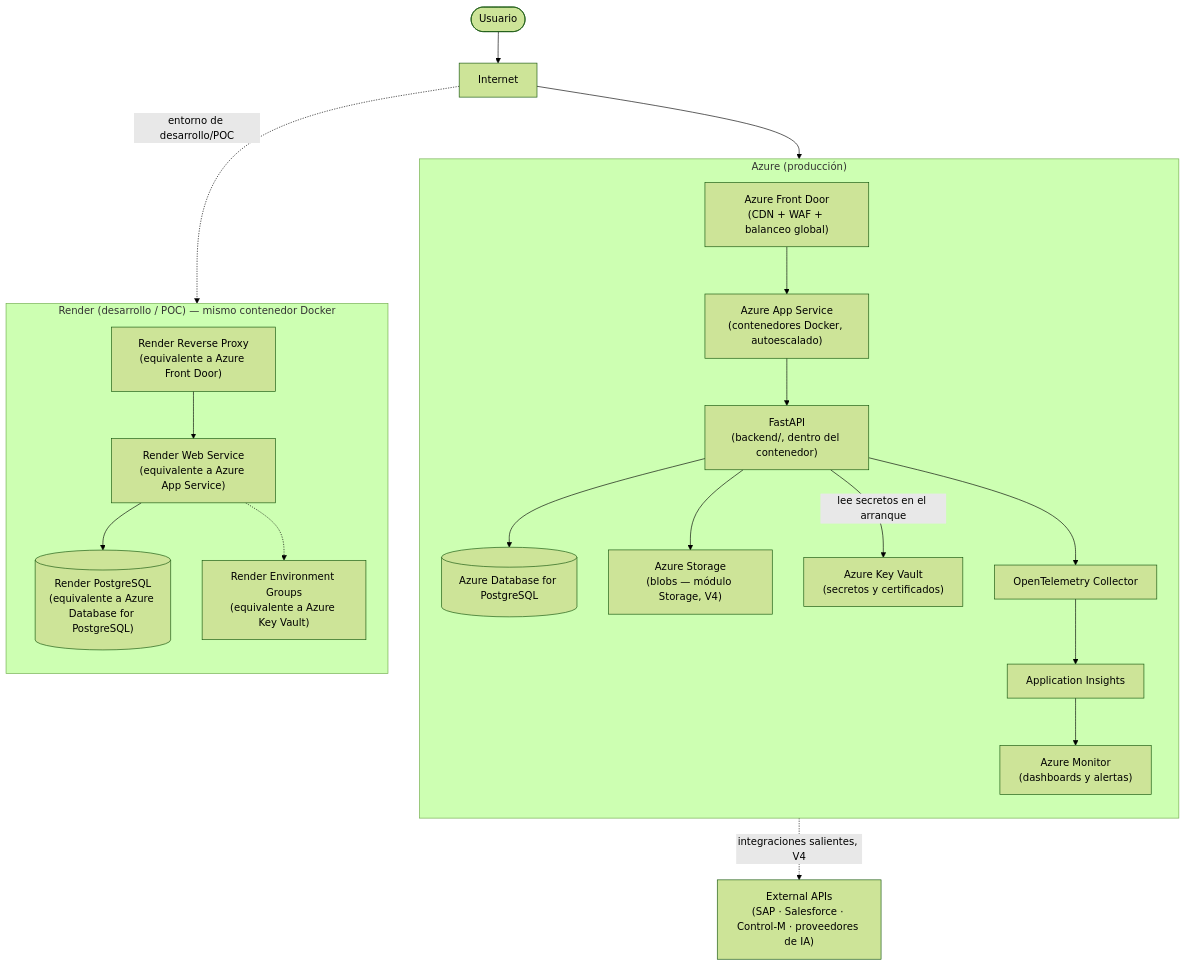
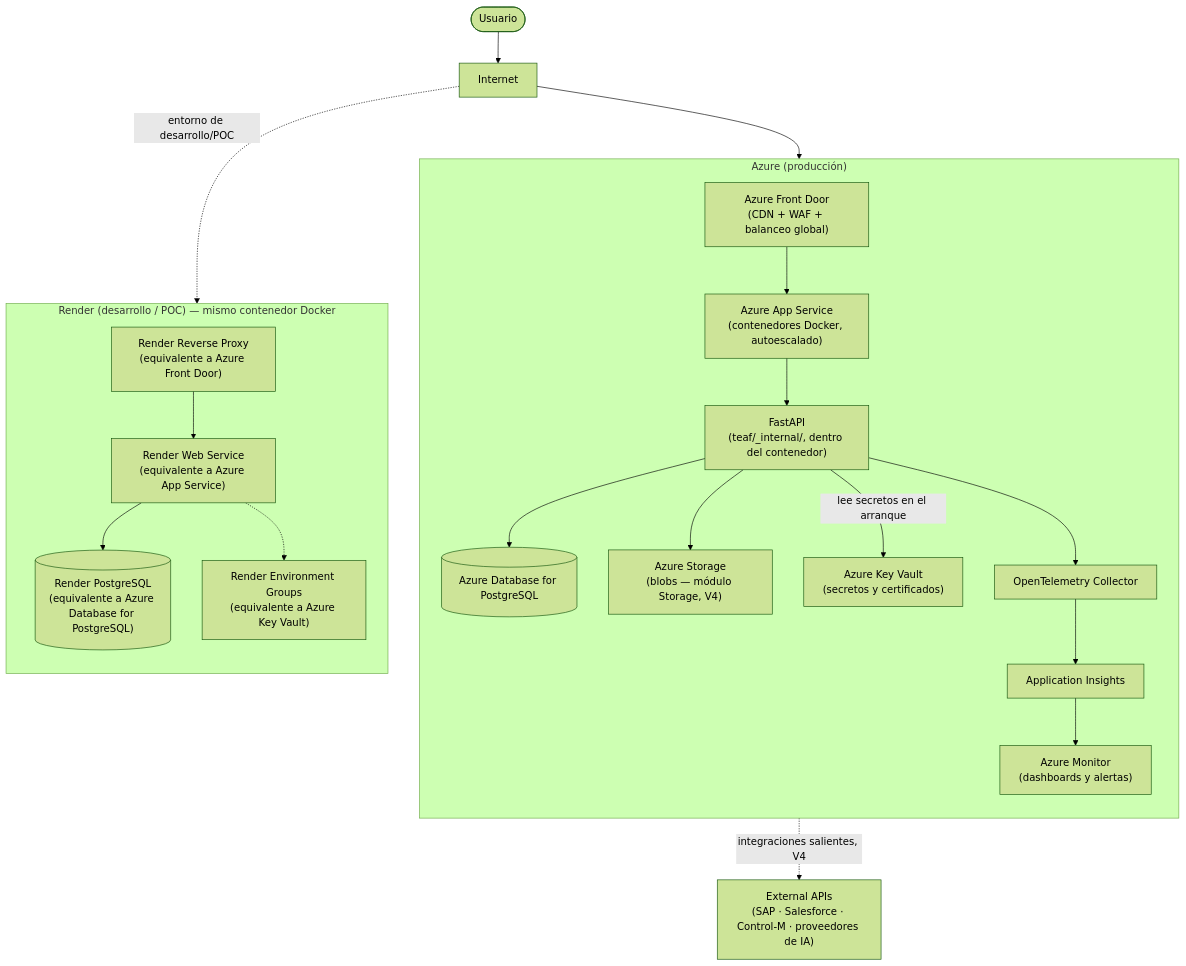
The diagram in docs/diagrams/deployment-physical.mmd (jesuscampam/torus-enterprise-framework), drawn with Mermaid (forest theme) before and after one commit. The commit also changed 326 other files, not shown here.

```diff
--- a/docs/diagrams/deployment-physical.mmd
+++ b/docs/diagrams/deployment-physical.mmd
@@ -1,43 +1,43 @@
 %% TEAF — Arquitectura física de despliegue (producción Azure)
 %% Complementa docs/diagrams/deployment-view.mmd (vista lógica) con el detalle físico
 %% de red y servicios gestionados. Referenciado desde FRAMEWORK-BLUEPRINT.md, sección 2.
 %% Equivalencia para desarrollo/POC en Render: ver subgraph RENDER al final.
 flowchart TB
     USER(["Usuario"])
     INTERNET["Internet"]
 
     subgraph AZURE["Azure (producción)"]
         direction TB
         AFD["Azure Front Door\n(CDN + WAF + balanceo global)"]
         APPSVC["Azure App Service\n(contenedores Docker, autoescalado)"]
-        FASTAPI["FastAPI\n(backend/, dentro del contenedor)"]
+        FASTAPI["FastAPI\n(teaf/_internal/, dentro del contenedor)"]
         PG[("Azure Database for PostgreSQL")]
         STORAGE["Azure Storage\n(blobs — módulo Storage, V4)"]
         KV["Azure Key Vault\n(secretos y certificados)"]
         OTELCOL["OpenTelemetry Collector"]
         APPINS["Application Insights"]
         MONITOR["Azure Monitor\n(dashboards y alertas)"]
     end
 
     EXTAPI["External APIs\n(SAP · Salesforce · Control-M · proveedores de IA)"]
 
     USER --> INTERNET --> AFD --> APPSVC --> FASTAPI
     FASTAPI --> PG
     FASTAPI --> STORAGE
     FASTAPI -->|"lee secretos en el arranque"| KV
     FASTAPI --> OTELCOL --> APPINS --> MONITOR
     FASTAPI -.->|"integraciones salientes, V4"| EXTAPI
 
     subgraph RENDER["Render (desarrollo / POC) — mismo contenedor Docker"]
         direction TB
         RRP["Render Reverse Proxy\n(equivalente a Azure Front Door)"]
         RAPP["Render Web Service\n(equivalente a Azure App Service)"]
         RPG[("Render PostgreSQL\n(equivalente a Azure Database for PostgreSQL)")]
         RENV["Render Environment Groups\n(equivalente a Azure Key Vault)"]
     end
 
     INTERNET -.->|"entorno de desarrollo/POC"| RRP --> RAPP --> RPG
     RAPP -.-> RENV
 
     %% La imagen Docker (docker/backend, docker/frontend) es idéntica entre Azure y Render;
     %% solo cambian los servicios gestionados detrás (ver ADR-003 Docker, ADR-005 Cloud Ready).
```
